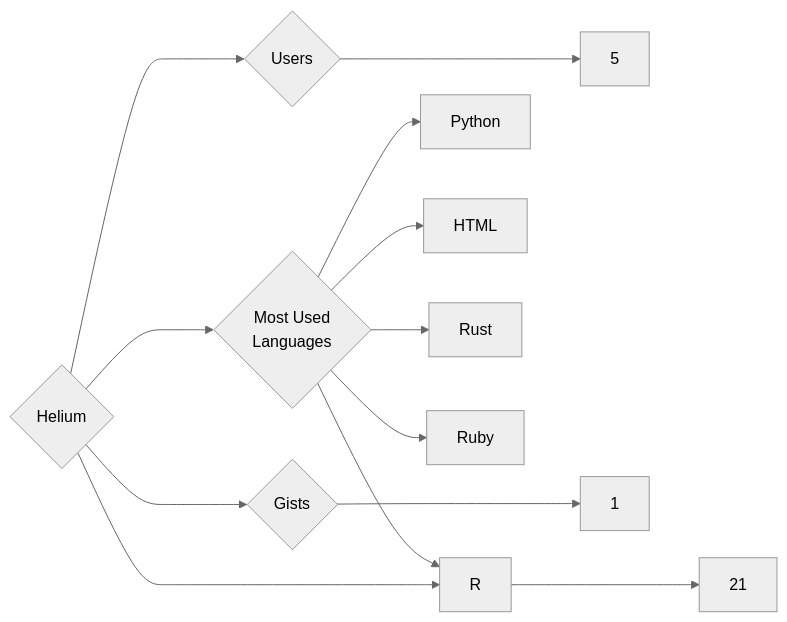
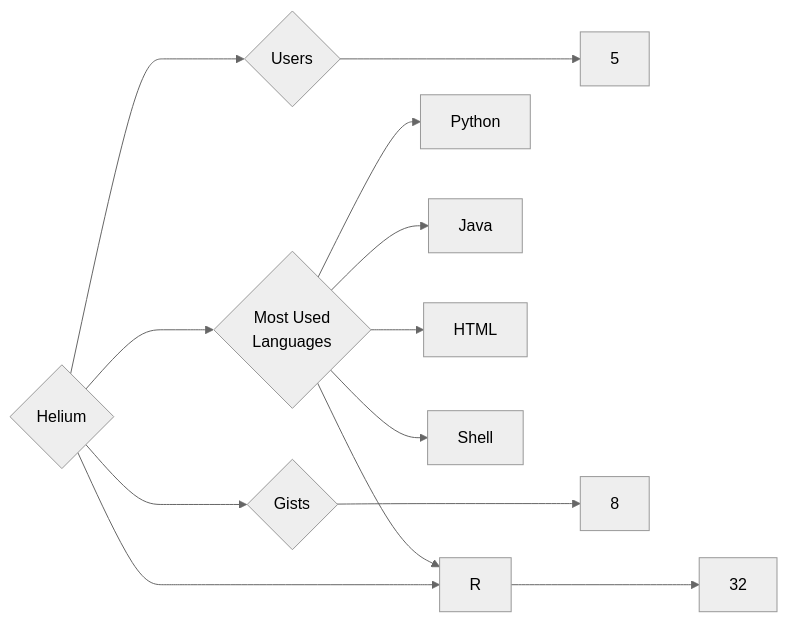
One commit to trickest/insiders changed the diagram in targets/Helium/README.md. Above: the diagram before and after it, drawn with Mermaid (neutral theme). The commit also changed 933 other files, not shown here.

````diff
--- a/targets/Helium/README.md
+++ b/targets/Helium/README.md
@@ -3,13 +3,13 @@
 ```mermaid
 graph LR
 COMPANY_NAME{Helium}
 COMPANY_NAME ---> U{Users} ---> UN[5]
-COMPANY_NAME ---> R{Repositories} ---> RN[21]
-COMPANY_NAME ---> G{Gists} ---> GN[1]
+COMPANY_NAME ---> R{Repositories} ---> RN[32]
+COMPANY_NAME ---> G{Gists} ---> GN[8]
 COMPANY_NAME ---> ML{Most Used<br>Languages}
 ML --> Python[Python]
+ML --> Java[Java]
+ML --> HTML[HTML]
+ML --> Shell[Shell]
 ML --> R[R]
-ML --> HTML[HTML]
-ML --> Rust[Rust]
-ML --> Ruby[Ruby]
 ```
````
